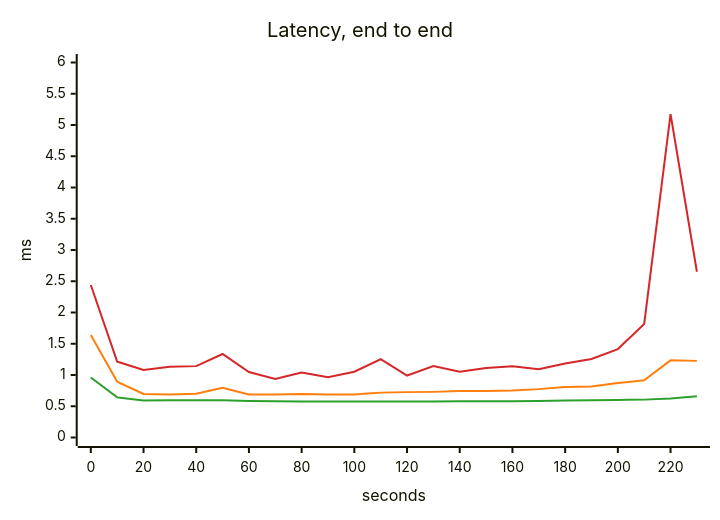
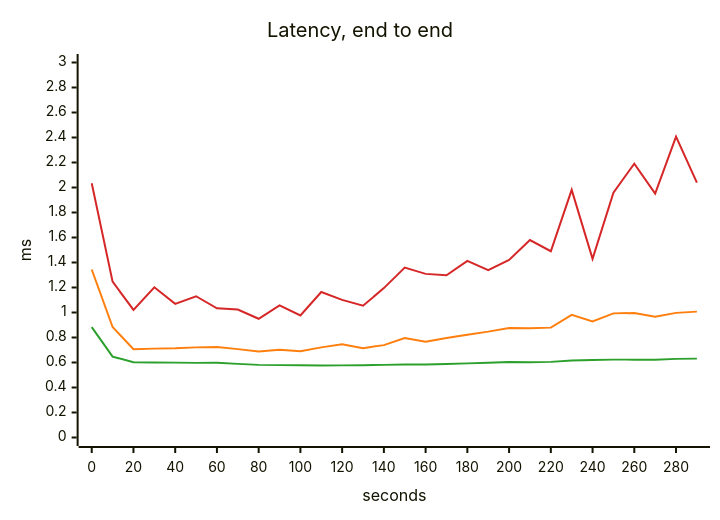
The third of 5 diagrams in scenarios/live-vote/solutions/redis-tally/report.md (akinfemi/load-lore), drawn with Mermaid before and after one commit. The commit also changed other lines of this file and 8 other files, not shown here.

````diff
--- a/scenarios/live-vote/solutions/redis-tally/report.md
+++ b/scenarios/live-vote/solutions/redis-tally/report.md
@@ -57,16 +57,16 @@
 ```mermaid
 ---
 config:
   themeVariables:
     xyChart:
       backgroundColor: "transparent"
       plotColorPalette: "#2ca02c, #ff7f0e, #d62728"
 ---
 xychart-beta
     title "Latency, end to end"
-    x-axis "seconds" 0 --> 230
-    y-axis "ms" 0 --> 6
-    line [0.961, 0.642, 0.594, 0.595, 0.596, 0.595, 0.583, 0.579, 0.576, 0.576, 0.575, 0.576, 0.576, 0.577, 0.579, 0.581, 0.582, 0.584, 0.593, 0.595, 0.601, 0.606, 0.625, 0.661]
-    line [1.639, 0.893, 0.696, 0.69, 0.699, 0.797, 0.688, 0.689, 0.695, 0.689, 0.688, 0.718, 0.726, 0.73, 0.743, 0.744, 0.751, 0.774, 0.809, 0.815, 0.871, 0.917, 1.234, 1.226]
-    line [2.44, 1.214, 1.081, 1.132, 1.142, 1.336, 1.048, 0.936, 1.041, 0.964, 1.052, 1.252, 0.991, 1.142, 1.052, 1.112, 1.14, 1.093, 1.183, 1.257, 1.415, 1.817, 5.175, 2.652]
+    x-axis "seconds" 0 --> 290
+    y-axis "ms" 0 --> 3
+    line [0.883, 0.647, 0.602, 0.6, 0.599, 0.597, 0.598, 0.589, 0.581, 0.579, 0.578, 0.576, 0.577, 0.578, 0.581, 0.584, 0.584, 0.588, 0.593, 0.598, 0.603, 0.602, 0.605, 0.616, 0.62, 0.623, 0.623, 0.622, 0.629, 0.631]
+    line [1.344, 0.884, 0.707, 0.711, 0.714, 0.721, 0.723, 0.707, 0.688, 0.702, 0.69, 0.721, 0.745, 0.715, 0.739, 0.795, 0.767, 0.796, 0.822, 0.847, 0.876, 0.874, 0.879, 0.981, 0.929, 0.993, 0.996, 0.966, 0.997, 1.007]
+    line [2.034, 1.247, 1.021, 1.202, 1.069, 1.13, 1.034, 1.024, 0.95, 1.057, 0.976, 1.164, 1.101, 1.054, 1.195, 1.359, 1.309, 1.298, 1.413, 1.339, 1.421, 1.58, 1.49, 1.981, 1.429, 1.959, 2.191, 1.952, 2.407, 2.039]
 ```
````
